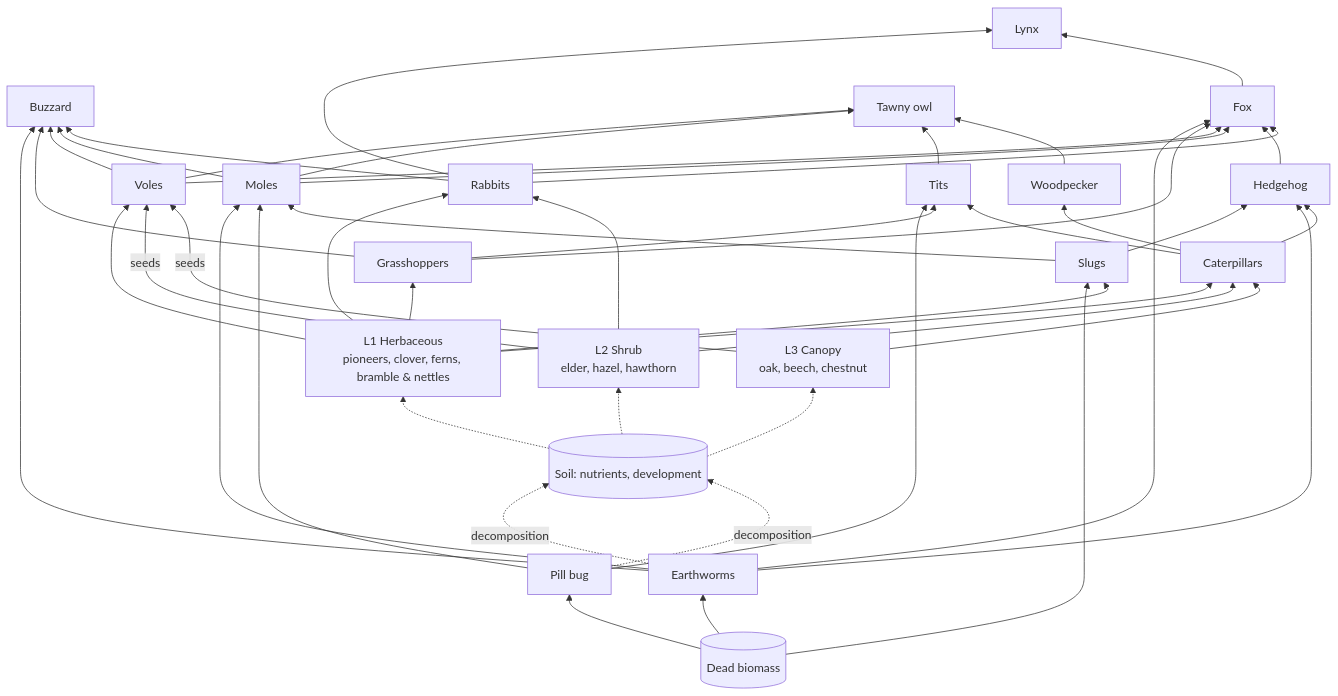
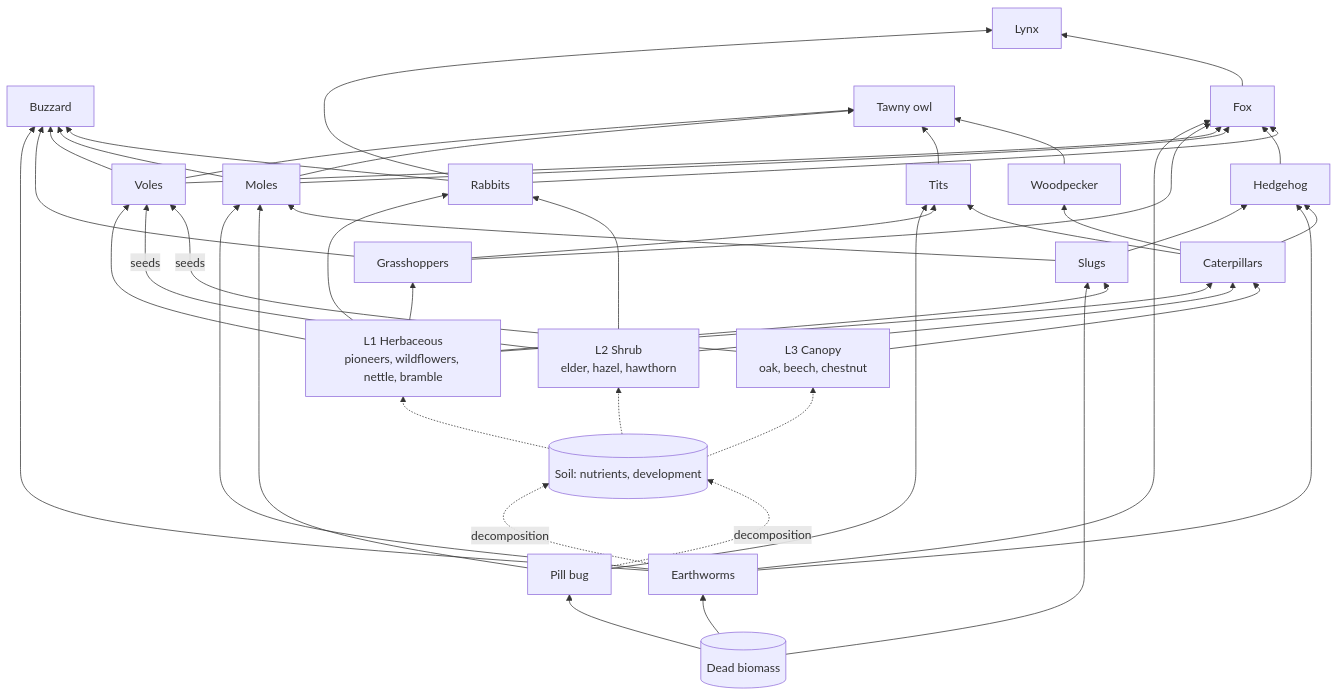
One commit to NathanProvin/EcoClash changed the diagram in data/gamerules.md. Above: the diagram before and after it, drawn with Mermaid. The commit also changed other lines of this file and 17 other files, not shown here.

First line of the commit message:
feat: new herbaceous line-up: lichen & moss, grasses, ferns; wildflowers, nettle, bramble (D-050)

````diff
--- a/data/gamerules.md
+++ b/data/gamerules.md
@@ -246,40 +246,40 @@
 ```mermaid
 graph BT
   DEAD[(Dead biomass)]
   SOIL[(Soil: nutrients, development)]
-  L1[L1 Herbaceous<br/>pioneers, clover, ferns, bramble & nettles]
+  L1[L1 Herbaceous<br/>pioneers, wildflowers, nettle, bramble]
   L2[L2 Shrub<br/>elder, hazel, hawthorn]
   L3[L3 Canopy<br/>oak, beech, chestnut]
   EW[Earthworms]
   PB[Pill bug]
   SL[Slugs]
   GH[Grasshoppers]
   CA[Caterpillars]
   VO[Voles]
   MO[Moles]
   HH[Hedgehog]
   RA[Rabbits]
   TI[Tits]
   WP[Woodpecker]
   BU[Buzzard]
   FO[Fox]
   OW[Tawny owl]
   LY[Lynx]
 
   DEAD --> EW & PB & SL
   EW & PB -.->|decomposition| SOIL
   SOIL -.-> L1 & L2 & L3
   L1 --> SL & GH & VO & RA & CA
   L2 --> CA & RA
   L3 --> CA
   L2 & L3 -->|seeds| VO
   EW & PB & SL --> MO
   SL & EW & CA --> HH
   PB & GH & CA --> TI
   CA --> WP
   EW & GH & VO & MO & RA --> BU
   EW & GH & VO & MO & HH & RA --> FO
   VO & MO & TI & WP --> OW
   RA & FO --> LY
 
 ```
````
